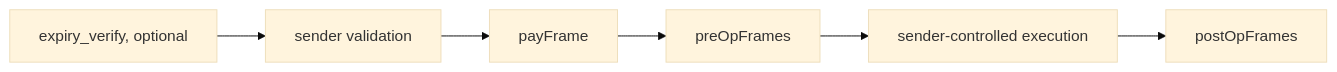
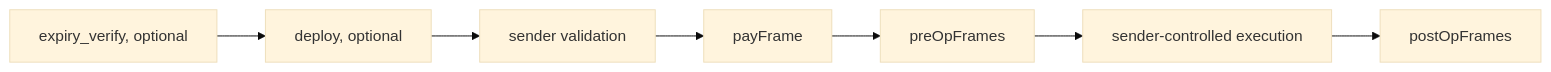
One commit to leekt/EIPs changed the first of 4 diagrams in EIPS/eip-draft_frame-paymaster-service.md. Above: the diagram before and after it, drawn with Mermaid (base theme). The commit also changed other lines of this file, not shown here.

````diff
--- a/EIPS/eip-draft_frame-paymaster-service.md
+++ b/EIPS/eip-draft_frame-paymaster-service.md
@@ -61,11 +71,12 @@
 ```mermaid
 flowchart LR
     E[expiry_verify, optional]
+    D[deploy, optional]
     V[sender validation]
     P[payFrame]
     PRE[preOpFrames]
     U[sender-controlled execution]
     POST[postOpFrames]
 
-    E --> V --> P --> PRE --> U --> POST
+    E --> D --> V --> P --> PRE --> U --> POST
 ```
````
